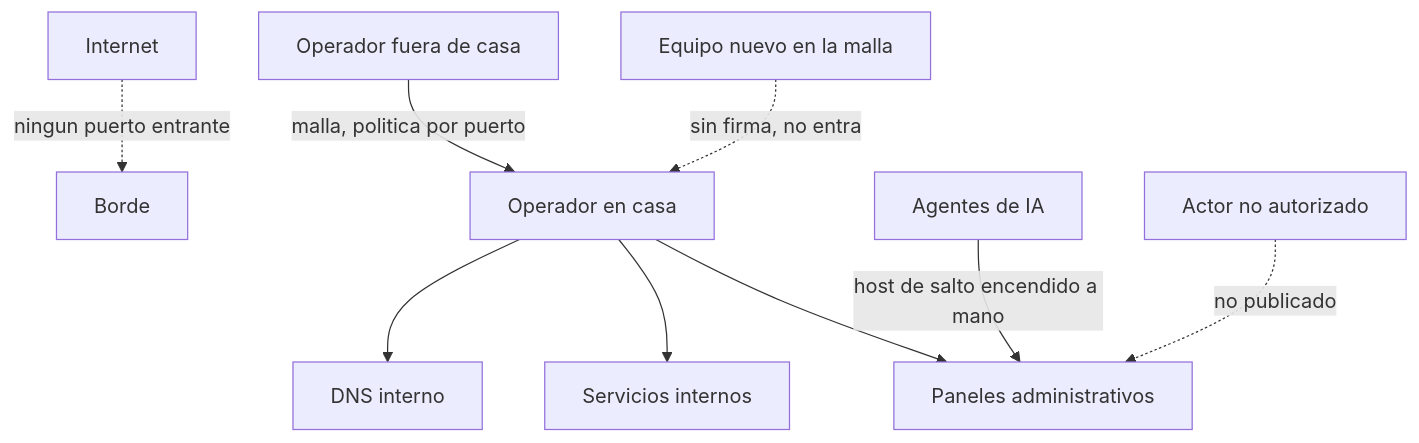
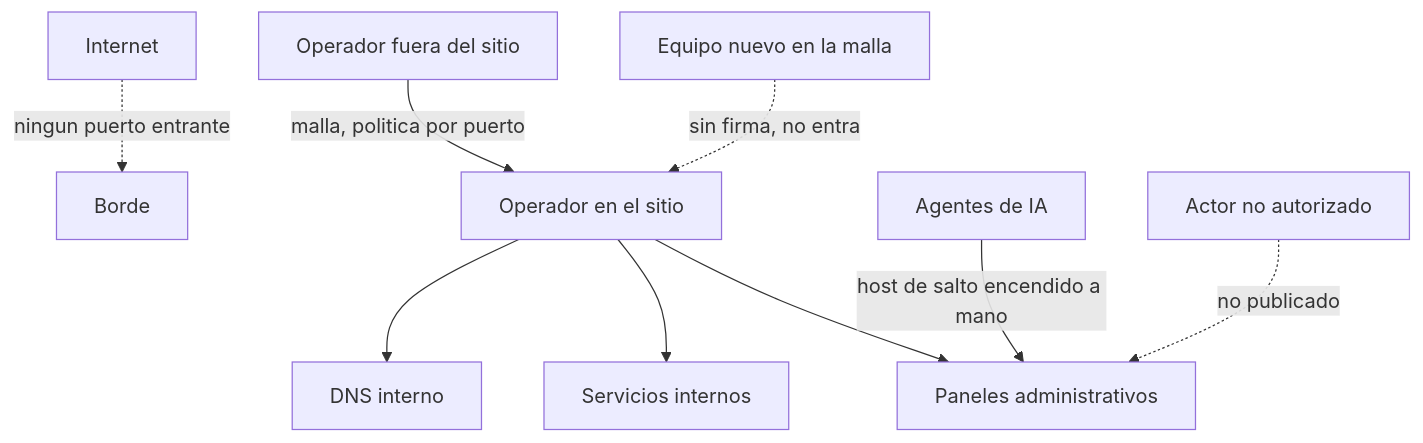
The diagram in docs/es/03-seguridad-y-accesos.md (Nicolasperaltait/homelab), drawn with Mermaid before and after one commit. The commit also changed other lines of this file and 32 other files, not shown here.

````diff
--- a/docs/es/03-seguridad-y-accesos.md
+++ b/docs/es/03-seguridad-y-accesos.md
@@ -169,11 +169,11 @@
 ```mermaid
 flowchart TD
     A[Internet] -.->|ningun puerto entrante| B[Borde]
-    C[Operador en casa] --> D[DNS interno]
+    C[Operador en el sitio] --> D[DNS interno]
     C --> E[Servicios internos]
     C --> F[Paneles administrativos]
-    M[Operador fuera de casa] -->|malla, politica por puerto| C
+    M[Operador fuera del sitio] -->|malla, politica por puerto| C
     J[Agentes de IA] -->|host de salto encendido a mano| F
     H[Actor no autorizado] -.->|no publicado| F
     N[Equipo nuevo en la malla] -.->|sin firma, no entra| C
 ```
````
